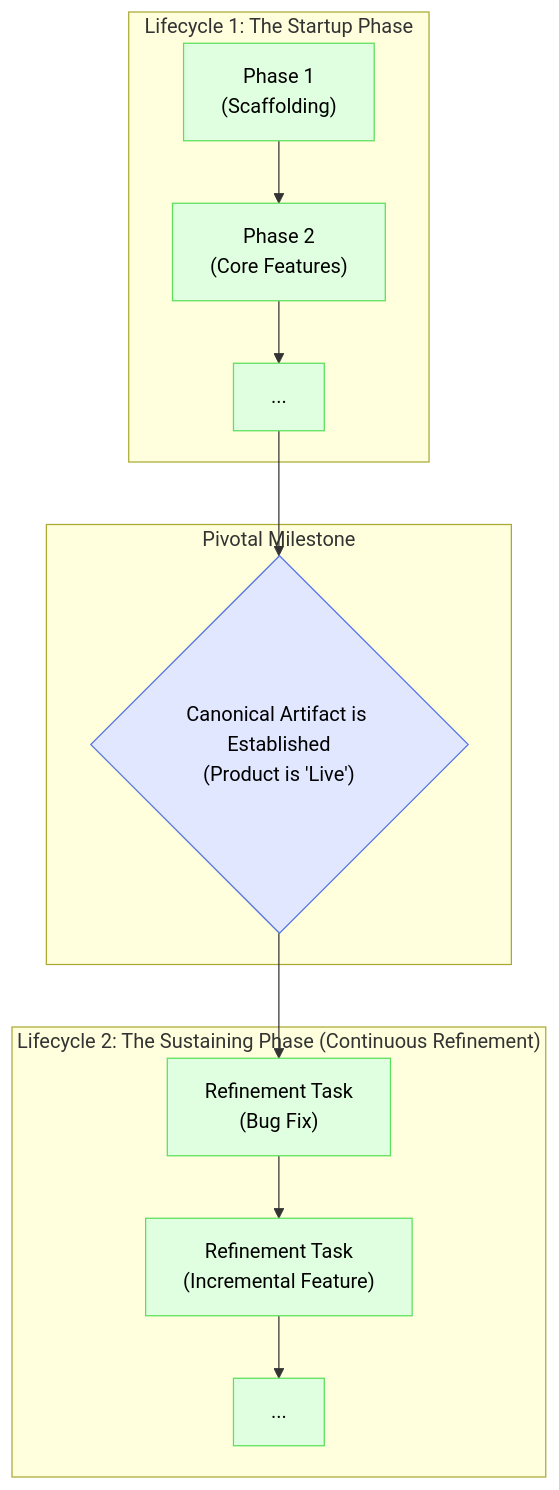
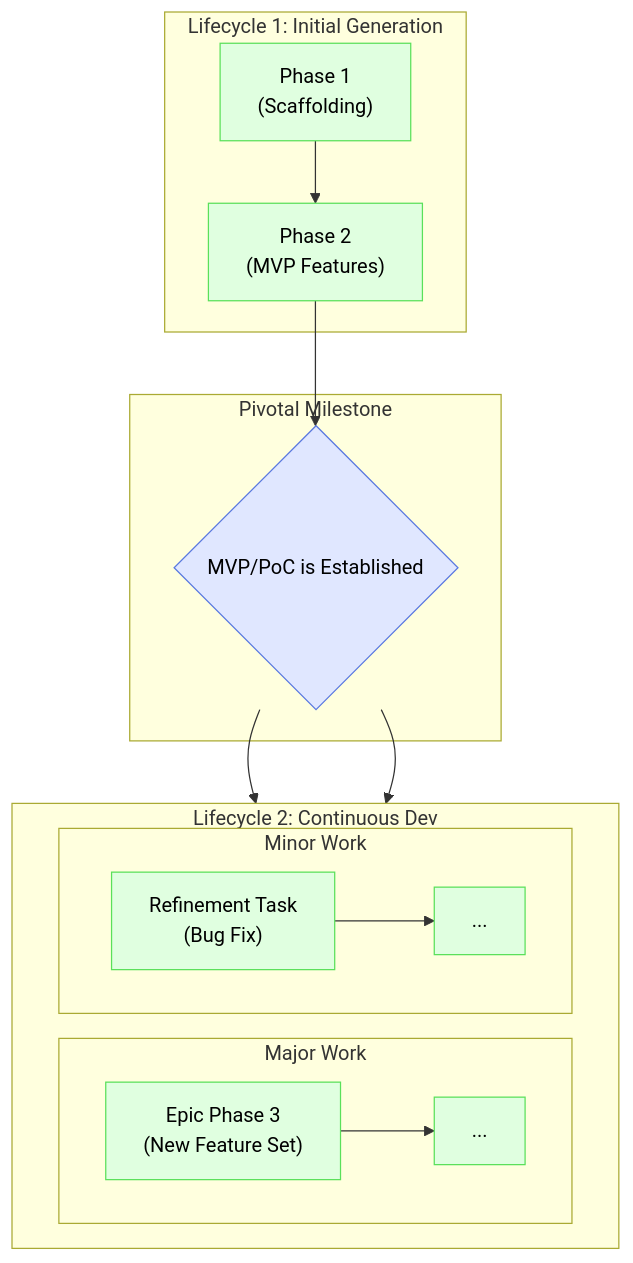
The first of 2 diagrams in 00-concept/09-idgl-lifecycle-phases.md (bahsim/idgl-dev-system), drawn with Mermaid before and after one commit. The commit also changed other lines of this file and 4 other files, not shown here.

````diff
--- a/00-concept/09-idgl-lifecycle-phases.md
+++ b/00-concept/09-idgl-lifecycle-phases.md
@@ -7,22 +7,30 @@
 ```mermaid
 graph TD
-    subgraph "Lifecycle 1: The Startup Phase"
-        P1["Phase 1<br/>(Scaffolding)"] --> P2["Phase 2<br/>(Core Features)"] --> PN["..."]
+    subgraph "Lifecycle 1: Initial Generation"
+        P1["Phase 1<br/>(Scaffolding)"] --> P2["Phase 2<br/>(MVP Features)"]
     end
 
     subgraph "Pivotal Milestone"
-        D{"Canonical Artifact is Established<br/>(Product is 'Live')"}
+        D{"MVP/PoC is Established"}
     end
 
-    subgraph "Lifecycle 2: The Sustaining Phase (Continuous Refinement)"
-        RT1["Refinement Task<br/>(Bug Fix)"] --> RT2["Refinement Task<br/>(Incremental Feature)"] --> RTN["..."]
+    subgraph "Lifecycle 2: Continuous Dev"
+        direction LR
+        subgraph "Major Work"
+            EP1["Epic Phase 3<br/>(New Feature Set)"] --> EPN["..."]
+        end
+        subgraph "Minor Work"
+            RT1["Refinement Task<br/>(Bug Fix)"] --> RTN["..."]
+        end
     end
     
-    PN --> D --> RT1
+    P2 --> D
+    D --> EP1
+    D --> RT1
 
     classDef blue fill:#e0e7ff,stroke:#5a79e0,color:#000
     classDef green fill:#e0ffe0,stroke:#5ae05a,color:#000
     
     class D blue
-    class P1,P2,PN,RT1,RT2,RTN green
+    class P1,P2,EP1,EPN,RT1,RTN green
 ```
````
